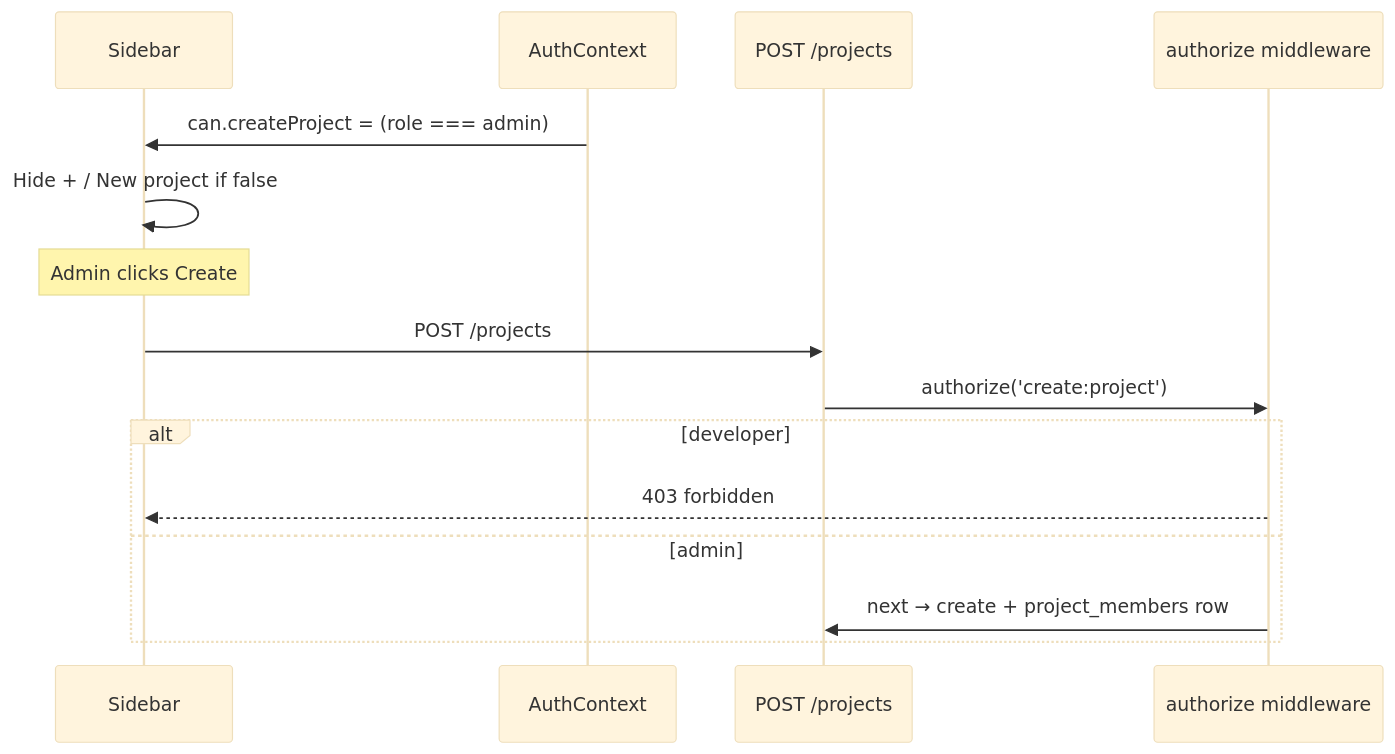
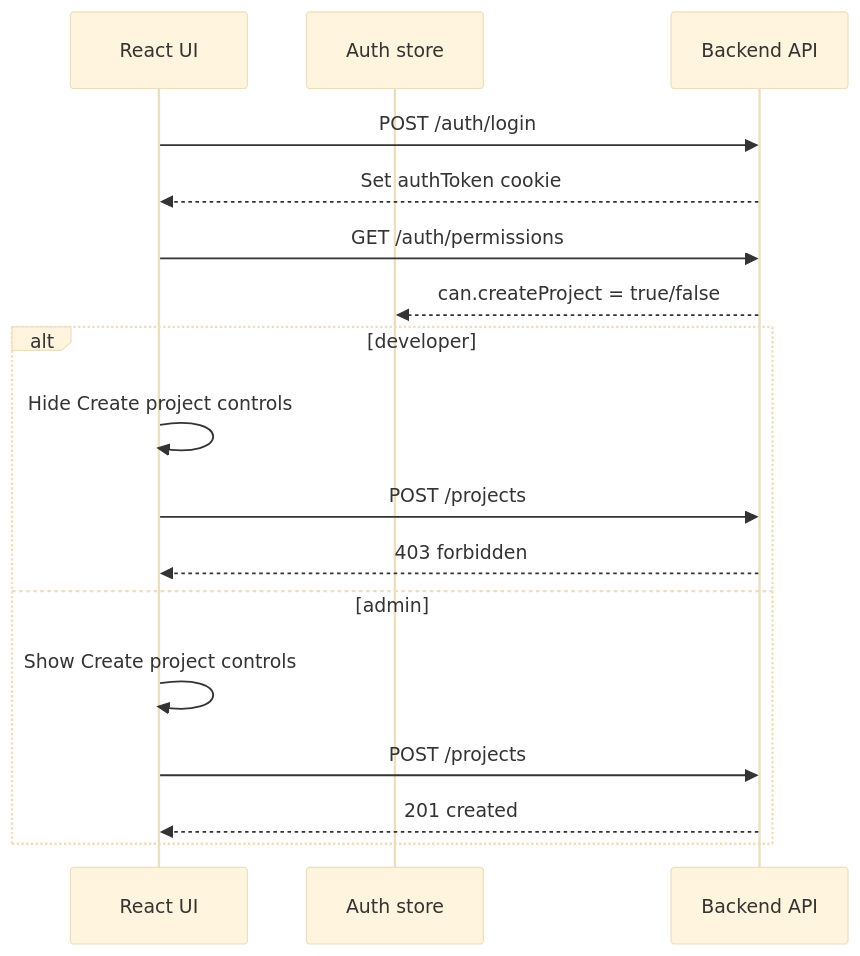
One commit to sagnik26/Task-Manager changed the diagram in docs/rbac-implementation-guide.md. Above: the diagram before and after it, drawn with Mermaid (base theme). The commit also changed other lines of this file and 5 other files, not shown here.

````diff
--- a/docs/rbac-implementation-guide.md
+++ b/docs/rbac-implementation-guide.md
@@ -402,18 +163,21 @@
 ```mermaid
 sequenceDiagram
-  participant UI as Sidebar
-  participant Auth as AuthContext
-  participant API as POST /projects
-  participant AuthZ as authorize middleware
+    participant UI as React UI
+    participant Store as Auth store
+    participant API as Backend API
 
-  Auth->>UI: can.createProject = (role === admin)
-  UI->>UI: Hide + / New project if false
-  Note over UI: Admin clicks Create
-  UI->>API: POST /projects
-  API->>AuthZ: authorize('create:project')
-  alt developer
-    AuthZ-->>UI: 403 forbidden
-  else admin
-    AuthZ->>API: next → create + project_members row
-  end
+    UI->>API: POST /auth/login
+    API-->>UI: Set authToken cookie
+    UI->>API: GET /auth/permissions
+    API-->>Store: can.createProject = true/false
+
+    alt developer
+        UI->>UI: Hide Create project controls
+        UI->>API: POST /projects
+        API-->>UI: 403 forbidden
+    else admin
+        UI->>UI: Show Create project controls
+        UI->>API: POST /projects
+        API-->>UI: 201 created
+    end
 ```
````
